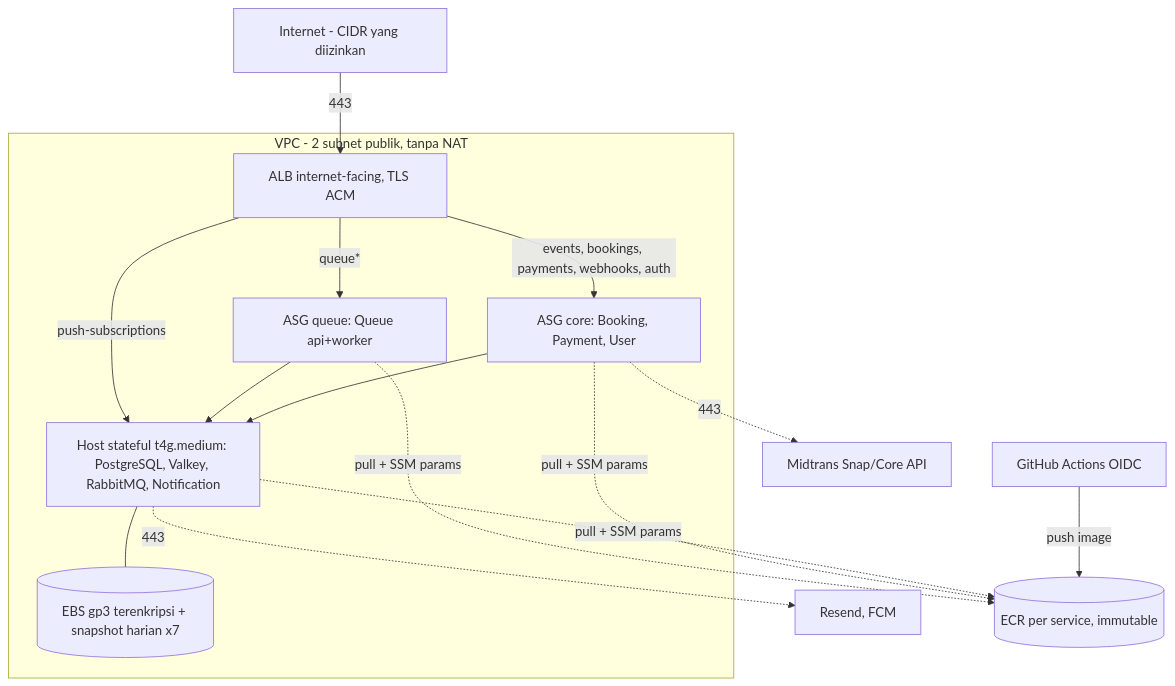
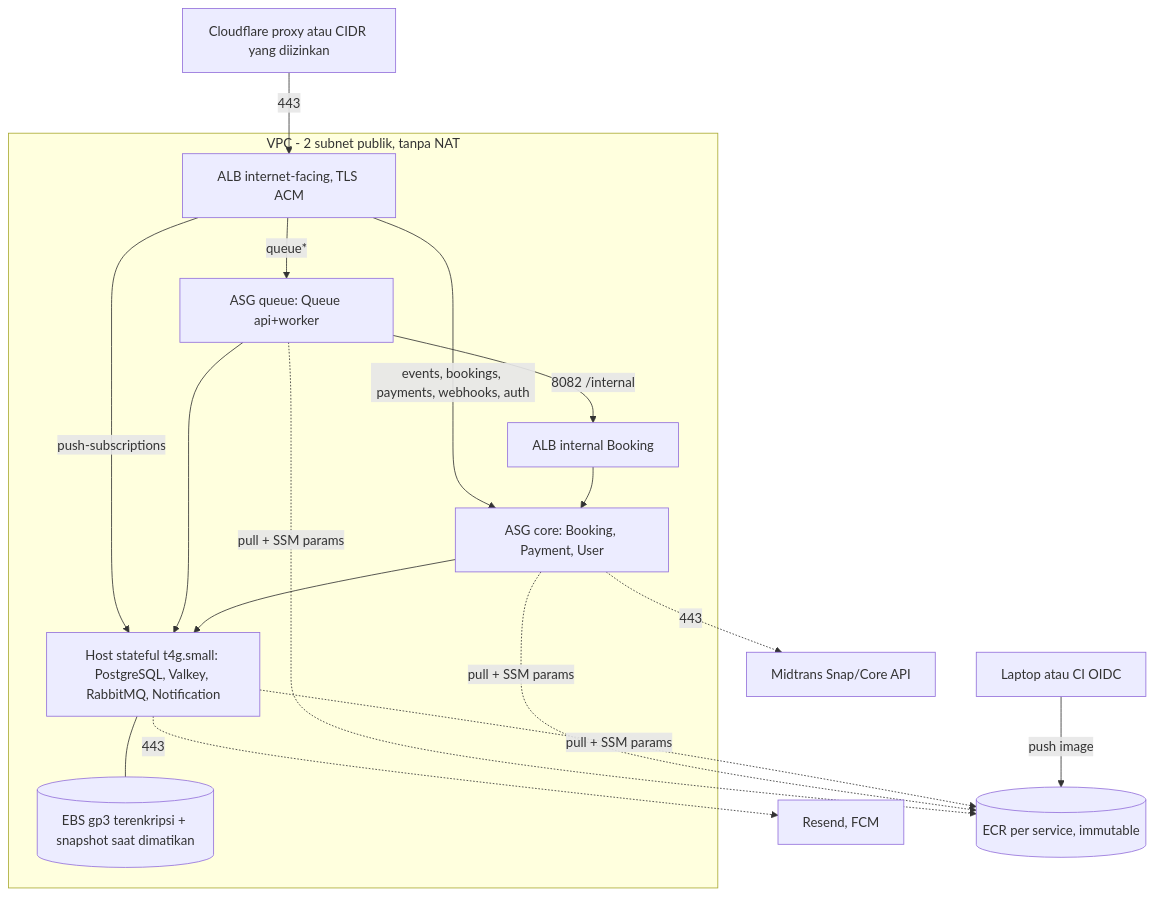
The diagram in deployments/terraform/README.md (tiket-sampai-nonton/rusuh-booking-be), drawn with Mermaid before and after one commit. The commit also changed other lines of this file and 25 other files, not shown here.

````diff
--- a/deployments/terraform/README.md
+++ b/deployments/terraform/README.md
@@ -7,16 +9,17 @@
 ```mermaid
 flowchart TB
-  NET[Internet - CIDR yang diizinkan] -->|443| ALB[ALB internet-facing, TLS ACM]
+  NET[Cloudflare proxy atau CIDR yang diizinkan] -->|443| ALB[ALB internet-facing, TLS ACM]
   subgraph VPC[VPC - 2 subnet publik, tanpa NAT]
     ALB -->|queue*| Q[ASG queue: Queue api+worker]
     ALB -->|events, bookings, payments, webhooks, auth| C[ASG core: Booking, Payment, User]
     ALB -->|push-subscriptions| D
-    Q --> D[Host stateful t4g.medium: PostgreSQL, Valkey, RabbitMQ, Notification]
+    Q -->|8082 /internal| IALB[ALB internal Booking] --> C
+    Q --> D[Host stateful t4g.small: PostgreSQL, Valkey, RabbitMQ, Notification]
     C --> D
-    D --- EBS[(EBS gp3 terenkripsi + snapshot harian x7)]
+    D --- EBS[(EBS gp3 terenkripsi + snapshot saat dimatikan)]
   end
   C -.443.-> MID[Midtrans Snap/Core API]
   D -.443.-> RES[Resend, FCM]
-  GH[GitHub Actions OIDC] -->|push image| ECR[(ECR per service, immutable)]
+  GH[Laptop atau CI OIDC] -->|push image| ECR[(ECR per service, immutable)]
   Q & C & D -.pull + SSM params.-> ECR
 ```
````
